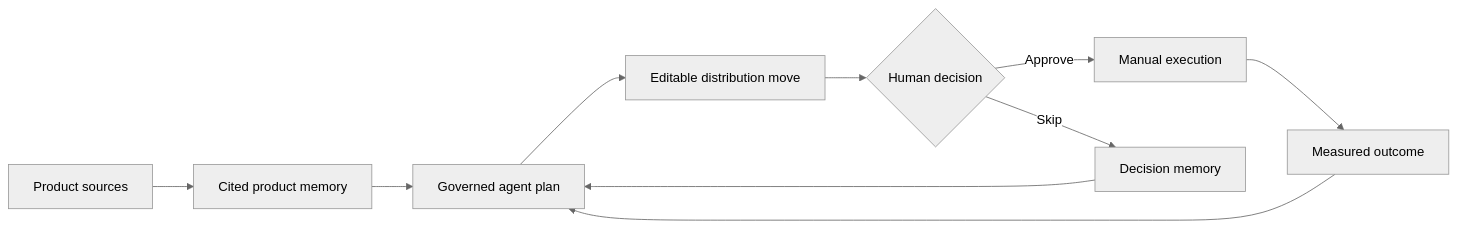
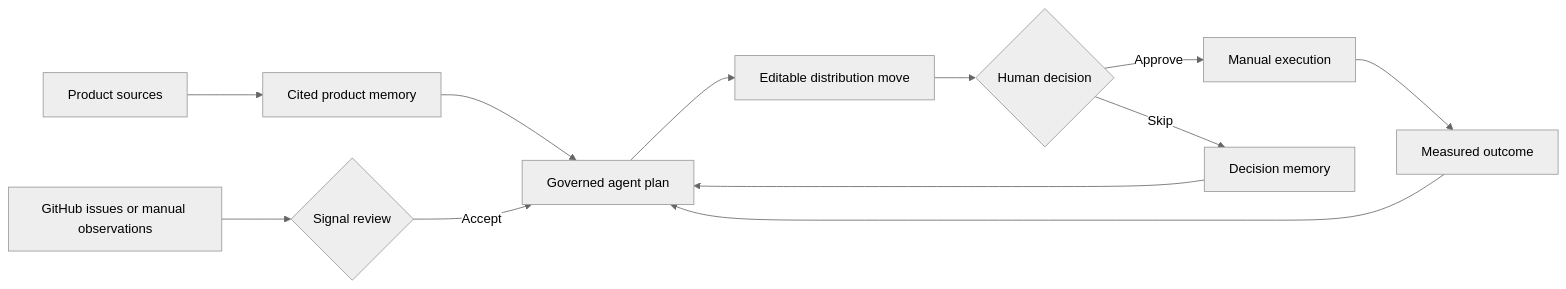
Before and after one commit to Vequan23/distribution-os: the diagram in README.md, drawn with Mermaid (neutral theme). The commit also changed other lines of this file and 10 other files, not shown here.

Commit message:
Add governed GitHub signal connector and UX polish

````diff
--- a/README.md
+++ b/README.md
@@ -19,12 +19,14 @@
 ```mermaid
 flowchart LR
   A["Product sources"] --> B["Cited product memory"]
   B --> C["Governed agent plan"]
+  I["GitHub issues or manual observations"] --> J{"Signal review"}
+  J -->|Accept| C
   C --> D["Editable distribution move"]
   D --> E{"Human decision"}
   E -->|Approve| F["Manual execution"]
   E -->|Skip| G["Decision memory"]
   F --> H["Measured outcome"]
   G --> C
   H --> C
 ```
````
